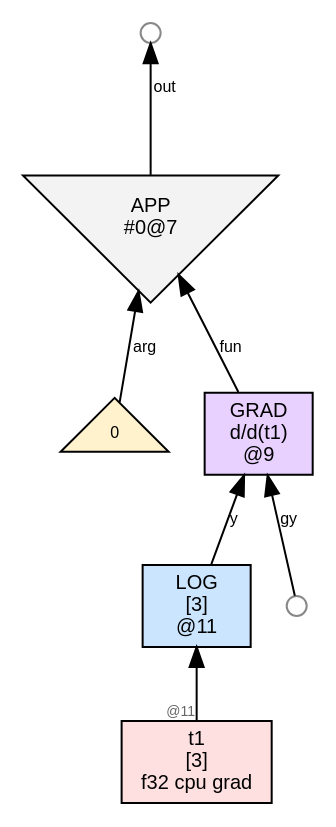
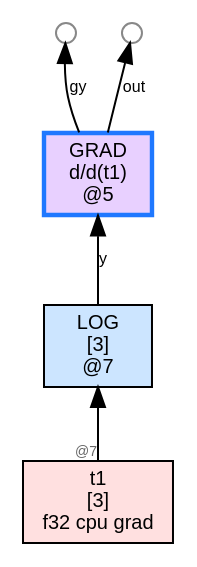
Before and after one commit to sw1sh/TinyHVM: the diagram in wl/examples/thvm_graphs/grad_rules/log/thvm_0_pre_reduce.dot, drawn with Graphviz. The commit also changed 261 other files, not shown here.

First line of the commit message:
grad: flip gy arrow outward; drop APP wrap; insert explicit GC sweep phase

```diff
--- a/wl/examples/thvm_graphs/grad_rules/log/thvm_0_pre_reduce.dot
+++ b/wl/examples/thvm_graphs/grad_rules/log/thvm_0_pre_reduce.dot
@@ -1,19 +1,15 @@
 digraph G {
   rankdir=BT;
   node [fontname="Helvetica", fontsize=10, style=filled, shape=box, margin="0.1,0.05"];
   edge [fontsize=8, fontname="Helvetica"];
 
-  n9 [label="GRAD\nd/d(t1)\n@9", shape=box, fillcolor="#e8d0ff"];
-  n11 -> n9 [label="y"];
-  free9_1 [label="",shape=circle,width=0.14,height=0.14,fixedsize=true,fillcolor="#ffffff",color="#888888",fontsize=1];
-  free9_1 -> n9 [label="gy"];
-  n11 [label="LOG\n[3]\n@11", shape=box, fillcolor="#cce5ff"];
+  n7 [label="LOG\n[3]\n@7", shape=box, fillcolor="#cce5ff"];
   t1 [label="t1\n[3]\nf32 cpu grad",shape=box,fillcolor="#ffe0e0"];
-  t1 -> n11 [label="",taillabel="@11",labelfontsize=7,fontcolor="#666666"];
-  n7 [label="APP\n#0@7", shape=invtriangle, fillcolor="#f3f3f3"];
-  n9 -> n7 [label="fun"];
-  num_app7_1 [label="0",shape=triangle,fillcolor="#fff2cc",fontsize=8];
-  num_app7_1 -> n7 [label="arg"];
-  free7_1000 [label="",shape=circle,width=0.14,height=0.14,fixedsize=true,fillcolor="#ffffff",color="#888888",fontsize=1];
-  n7 -> free7_1000 [label="out"];
+  t1 -> n7 [label="",taillabel="@7",labelfontsize=7,fontcolor="#666666"];
+  n5 [label="GRAD\nd/d(t1)\n@5", shape=box, fillcolor="#e8d0ff",color="#1f78ff",penwidth=2.2];
+  n7 -> n5 [label="y"];
+  free5_1 [label="",shape=circle,width=0.14,height=0.14,fixedsize=true,fillcolor="#ffffff",color="#888888",fontsize=1];
+  n5 -> free5_1 [label="gy"];
+  free5_1000 [label="",shape=circle,width=0.14,height=0.14,fixedsize=true,fillcolor="#ffffff",color="#888888",fontsize=1];
+  n5 -> free5_1000 [label="out"];
 }
```
